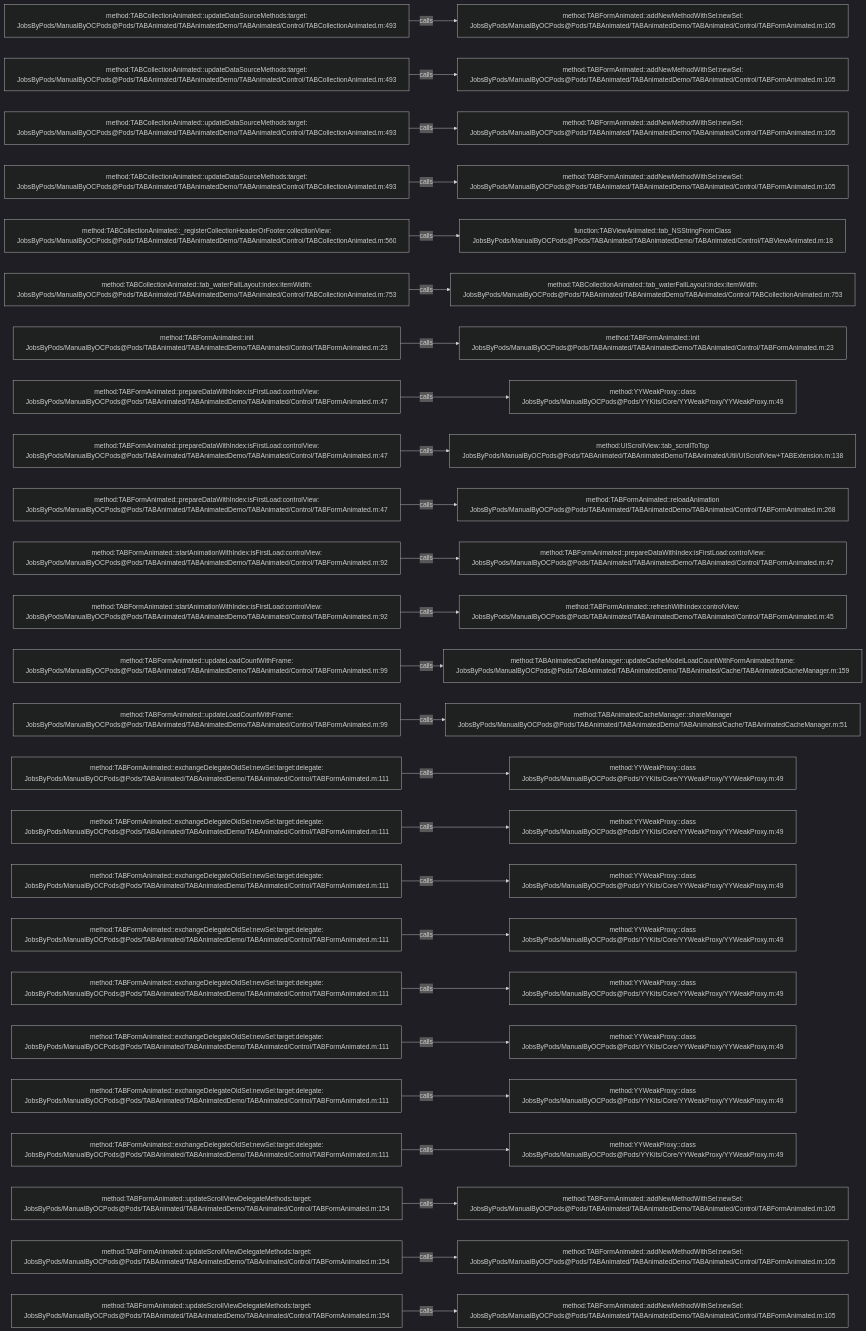
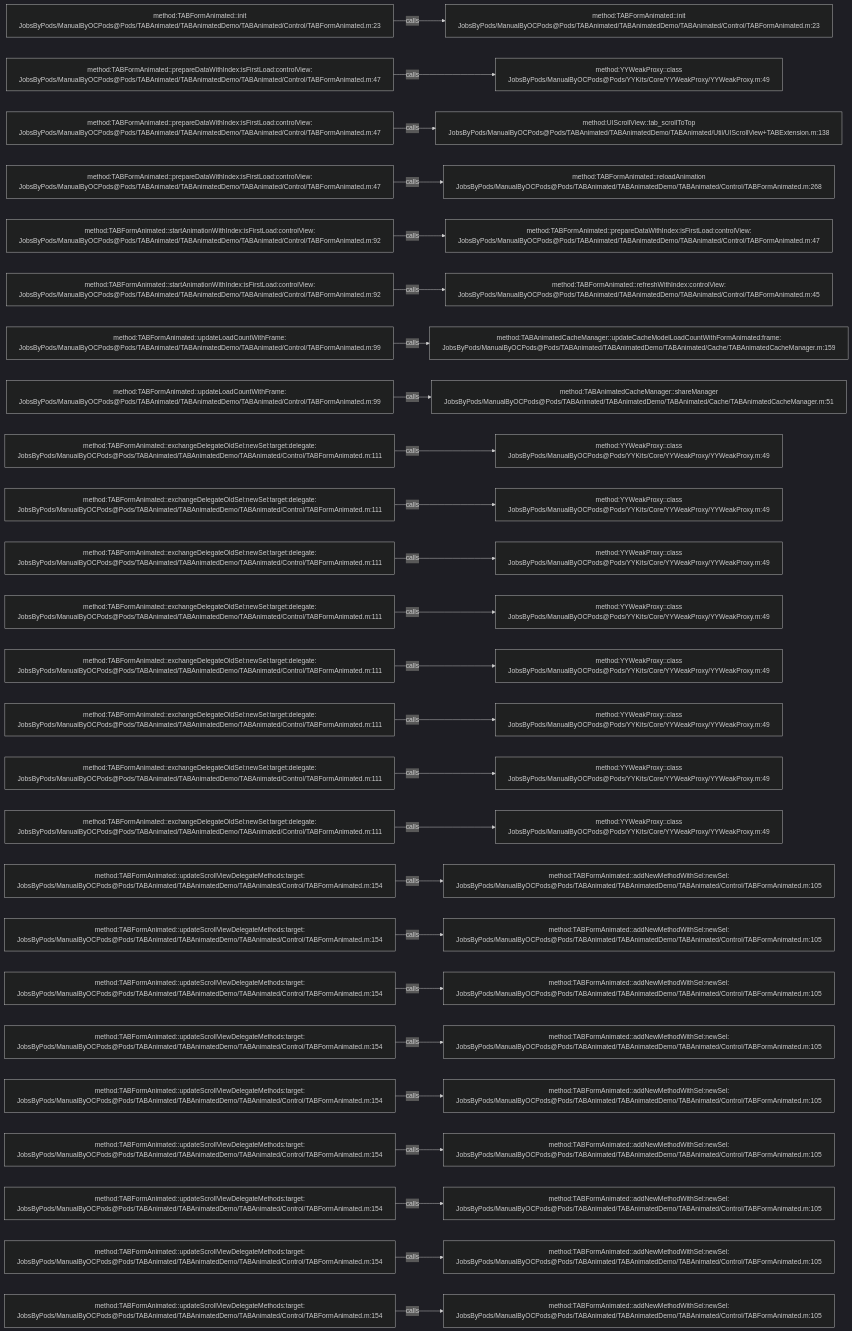
Before and after one commit to JobsKits/JobsOCBaseConfigDemo: the diagram in .codegraph/codegraph.md/graphs/calls-016.md, drawn with Mermaid (dark theme). The commit also changed 666 other files, not shown here.

````diff
--- a/.codegraph/codegraph.md/graphs/calls-016.md
+++ b/.codegraph/codegraph.md/graphs/calls-016.md
@@ -13,78 +13,78 @@
 ```mermaid
 flowchart LR
-  S1["method:TABCollectionAnimated::updateDataSourceMethods:target:<br/>JobsByPods/ManualByOCPods@Pods/TABAnimated/TABAnimatedDemo/TABAnimated/Control/TABCollectionAnimated.m:493"]
-  T1["method:TABFormAnimated::addNewMethodWithSel:newSel:<br/>JobsByPods/ManualByOCPods@Pods/TABAnimated/TABAnimatedDemo/TABAnimated/Control/TABFormAnimated.m:105"]
+  S1["method:TABFormAnimated::init<br/>JobsByPods/ManualByOCPods@Pods/TABAnimated/TABAnimatedDemo/TABAnimated/Control/TABFormAnimated.m:23"]
+  T1["method:TABFormAnimated::init<br/>JobsByPods/ManualByOCPods@Pods/TABAnimated/TABAnimatedDemo/TABAnimated/Control/TABFormAnimated.m:23"]
   S1 -->|calls| T1
-  S2["method:TABCollectionAnimated::updateDataSourceMethods:target:<br/>JobsByPods/ManualByOCPods@Pods/TABAnimated/TABAnimatedDemo/TABAnimated/Control/TABCollectionAnimated.m:493"]
-  T2["method:TABFormAnimated::addNewMethodWithSel:newSel:<br/>JobsByPods/ManualByOCPods@Pods/TABAnimated/TABAnimatedDemo/TABAnimated/Control/TABFormAnimated.m:105"]
+  S2["method:TABFormAnimated::prepareDataWithIndex:isFirstLoad:controlView:<br/>JobsByPods/ManualByOCPods@Pods/TABAnimated/TABAnimatedDemo/TABAnimated/Control/TABFormAnimated.m:47"]
+  T2["method:YYWeakProxy::class<br/>JobsByPods/ManualByOCPods@Pods/YYKits/Core/YYWeakProxy/YYWeakProxy.m:49"]
   S2 -->|calls| T2
-  S3["method:TABCollectionAnimated::updateDataSourceMethods:target:<br/>JobsByPods/ManualByOCPods@Pods/TABAnimated/TABAnimatedDemo/TABAnimated/Control/TABCollectionAnimated.m:493"]
-  T3["method:TABFormAnimated::addNewMethodWithSel:newSel:<br/>JobsByPods/ManualByOCPods@Pods/TABAnimated/TABAnimatedDemo/TABAnimated/Control/TABFormAnimated.m:105"]
+  S3["method:TABFormAnimated::prepareDataWithIndex:isFirstLoad:controlView:<br/>JobsByPods/ManualByOCPods@Pods/TABAnimated/TABAnimatedDemo/TABAnimated/Control/TABFormAnimated.m:47"]
+  T3["method:UIScrollView::tab_scrollToTop<br/>JobsByPods/ManualByOCPods@Pods/TABAnimated/TABAnimatedDemo/TABAnimated/Util/UIScrollView+TABExtension.m:138"]
   S3 -->|calls| T3
-  S4["method:TABCollectionAnimated::updateDataSourceMethods:target:<br/>JobsByPods/ManualByOCPods@Pods/TABAnimated/TABAnimatedDemo/TABAnimated/Control/TABCollectionAnimated.m:493"]
-  T4["method:TABFormAnimated::addNewMethodWithSel:newSel:<br/>JobsByPods/ManualByOCPods@Pods/TABAnimated/TABAnimatedDemo/TABAnimated/Control/TABFormAnimated.m:105"]
+  S4["method:TABFormAnimated::prepareDataWithIndex:isFirstLoad:controlView:<br/>JobsByPods/ManualByOCPods@Pods/TABAnimated/TABAnimatedDemo/TABAnimated/Control/TABFormAnimated.m:47"]
+  T4["method:TABFormAnimated::reloadAnimation<br/>JobsByPods/ManualByOCPods@Pods/TABAnimated/TABAnimatedDemo/TABAnimated/Control/TABFormAnimated.m:268"]
   S4 -->|calls| T4
-  S5["method:TABCollectionAnimated::_registerCollectionHeaderOrFooter:collectionView:<br/>JobsByPods/ManualByOCPods@Pods/TABAnimated/TABAnimatedDemo/TABAnimated/Control/TABCollectionAnimated.m:560"]
-  T5["function:TABViewAnimated::tab_NSStringFromClass<br/>JobsByPods/ManualByOCPods@Pods/TABAnimated/TABAnimatedDemo/TABAnimated/Control/TABViewAnimated.m:18"]
+  S5["method:TABFormAnimated::startAnimationWithIndex:isFirstLoad:controlView:<br/>JobsByPods/ManualByOCPods@Pods/TABAnimated/TABAnimatedDemo/TABAnimated/Control/TABFormAnimated.m:92"]
+  T5["method:TABFormAnimated::prepareDataWithIndex:isFirstLoad:controlView:<br/>JobsByPods/ManualByOCPods@Pods/TABAnimated/TABAnimatedDemo/TABAnimated/Control/TABFormAnimated.m:47"]
   S5 -->|calls| T5
-  S6["method:TABCollectionAnimated::tab_waterFallLayout:index:itemWidth:<br/>JobsByPods/ManualByOCPods@Pods/TABAnimated/TABAnimatedDemo/TABAnimated/Control/TABCollectionAnimated.m:753"]
-  T6["method:TABCollectionAnimated::tab_waterFallLayout:index:itemWidth:<br/>JobsByPods/ManualByOCPods@Pods/TABAnimated/TABAnimatedDemo/TABAnimated/Control/TABCollectionAnimated.m:753"]
+  S6["method:TABFormAnimated::startAnimationWithIndex:isFirstLoad:controlView:<br/>JobsByPods/ManualByOCPods@Pods/TABAnimated/TABAnimatedDemo/TABAnimated/Control/TABFormAnimated.m:92"]
+  T6["method:TABFormAnimated::refreshWithIndex:controlView:<br/>JobsByPods/ManualByOCPods@Pods/TABAnimated/TABAnimatedDemo/TABAnimated/Control/TABFormAnimated.m:45"]
   S6 -->|calls| T6
-  S7["method:TABFormAnimated::init<br/>JobsByPods/ManualByOCPods@Pods/TABAnimated/TABAnimatedDemo/TABAnimated/Control/TABFormAnimated.m:23"]
-  T7["method:TABFormAnimated::init<br/>JobsByPods/ManualByOCPods@Pods/TABAnimated/TABAnimatedDemo/TABAnimated/Control/TABFormAnimated.m:23"]
+  S7["method:TABFormAnimated::updateLoadCountWithFrame:<br/>JobsByPods/ManualByOCPods@Pods/TABAnimated/TABAnimatedDemo/TABAnimated/Control/TABFormAnimated.m:99"]
+  T7["method:TABAnimatedCacheManager::updateCacheModelLoadCountWithFormAnimated:frame:<br/>JobsByPods/ManualByOCPods@Pods/TABAnimated/TABAnimatedDemo/TABAnimated/Cache/TABAnimatedCacheManager.m:159"]
   S7 -->|calls| T7
-  S8["method:TABFormAnimated::prepareDataWithIndex:isFirstLoad:controlView:<br/>JobsByPods/ManualByOCPods@Pods/TABAnimated/TABAnimatedDemo/TABAnimated/Control/TABFormAnimated.m:47"]
-  T8["method:YYWeakProxy::class<br/>JobsByPods/ManualByOCPods@Pods/YYKits/Core/YYWeakProxy/YYWeakProxy.m:49"]
+  S8["method:TABFormAnimated::updateLoadCountWithFrame:<br/>JobsByPods/ManualByOCPods@Pods/TABAnimated/TABAnimatedDemo/TABAnimated/Control/TABFormAnimated.m:99"]
+  T8["method:TABAnimatedCacheManager::shareManager<br/>JobsByPods/ManualByOCPods@Pods/TABAnimated/TABAnimatedDemo/TABAnimated/Cache/TABAnimatedCacheManager.m:51"]
   S8 -->|calls| T8
-  S9["method:TABFormAnimated::prepareDataWithIndex:isFirstLoad:controlView:<br/>JobsByPods/ManualByOCPods@Pods/TABAnimated/TABAnimatedDemo/TABAnimated/Control/TABFormAnimated.m:47"]
-  T9["method:UIScrollView::tab_scrollToTop<br/>JobsByPods/ManualByOCPods@Pods/TABAnimated/TABAnimatedDemo/TABAnimated/Util/UIScrollView+TABExtension.m:138"]
+  S9["method:TABFormAnimated::exchangeDelegateOldSel:newSel:target:delegate:<br/>JobsByPods/ManualByOCPods@Pods/TABAnimated/TABAnimatedDemo/TABAnimated/Control/TABFormAnimated.m:111"]
+  T9["method:YYWeakProxy::class<br/>JobsByPods/ManualByOCPods@Pods/YYKits/Core/YYWeakProxy/YYWeakProxy.m:49"]
   S9 -->|calls| T9
-  S10["method:TABFormAnimated::prepareDataWithIndex:isFirstLoad:controlView:<br/>JobsByPods/ManualByOCPods@Pods/TABAnimated/TABAnimatedDemo/TABAnimated/Control/TABFormAnimated.m:47"]
-  T10["method:TABFormAnimated::reloadAnimation<br/>JobsByPods/ManualByOCPods@Pods/TABAnimated/TABAnimatedDemo/TABAnimated/Control/TABFormAnimated.m:268"]
+  S10["method:TABFormAnimated::exchangeDelegateOldSel:newSel:target:delegate:<br/>JobsByPods/ManualByOCPods@Pods/TABAnimated/TABAnimatedDemo/TABAnimated/Control/TABFormAnimated.m:111"]
+  T10["method:YYWeakProxy::class<br/>JobsByPods/ManualByOCPods@Pods/YYKits/Core/YYWeakProxy/YYWeakProxy.m:49"]
   S10 -->|calls| T10
-  S11["method:TABFormAnimated::startAnimationWithIndex:isFirstLoad:controlView:<br/>JobsByPods/ManualByOCPods@Pods/TABAnimated/TABAnimatedDemo/TABAnimated/Control/TABFormAnimated.m:92"]
-  T11["method:TABFormAnimated::prepareDataWithIndex:isFirstLoad:controlView:<br/>JobsByPods/ManualByOCPods@Pods/TABAnimated/TABAnimatedDemo/TABAnimated/Control/TABFormAnimated.m:47"]
+  S11["method:TABFormAnimated::exchangeDelegateOldSel:newSel:target:delegate:<br/>JobsByPods/ManualByOCPods@Pods/TABAnimated/TABAnimatedDemo/TABAnimated/Control/TABFormAnimated.m:111"]
+  T11["method:YYWeakProxy::class<br/>JobsByPods/ManualByOCPods@Pods/YYKits/Core/YYWeakProxy/YYWeakProxy.m:49"]
   S11 -->|calls| T11
-  S12["method:TABFormAnimated::startAnimationWithIndex:isFirstLoad:controlView:<br/>JobsByPods/ManualByOCPods@Pods/TABAnimated/TABAnimatedDemo/TABAnimated/Control/TABFormAnimated.m:92"]
-  T12["method:TABFormAnimated::refreshWithIndex:controlView:<br/>JobsByPods/ManualByOCPods@Pods/TABAnimated/TABAnimatedDemo/TABAnimated/Control/TABFormAnimated.m:45"]
+  S12["method:TABFormAnimated::exchangeDelegateOldSel:newSel:target:delegate:<br/>JobsByPods/ManualByOCPods@Pods/TABAnimated/TABAnimatedDemo/TABAnimated/Control/TABFormAnimated.m:111"]
+  T12["method:YYWeakProxy::class<br/>JobsByPods/ManualByOCPods@Pods/YYKits/Core/YYWeakProxy/YYWeakProxy.m:49"]
   S12 -->|calls| T12
-  S13["method:TABFormAnimated::updateLoadCountWithFrame:<br/>JobsByPods/ManualByOCPods@Pods/TABAnimated/TABAnimatedDemo/TABAnimated/Control/TABFormAnimated.m:99"]
-  T13["method:TABAnimatedCacheManager::updateCacheModelLoadCountWithFormAnimated:frame:<br/>JobsByPods/ManualByOCPods@Pods/TABAnimated/TABAnimatedDemo/TABAnimated/Cache/TABAnimatedCacheManager.m:159"]
+  S13["method:TABFormAnimated::exchangeDelegateOldSel:newSel:target:delegate:<br/>JobsByPods/ManualByOCPods@Pods/TABAnimated/TABAnimatedDemo/TABAnimated/Control/TABFormAnimated.m:111"]
+  T13["method:YYWeakProxy::class<br/>JobsByPods/ManualByOCPods@Pods/YYKits/Core/YYWeakProxy/YYWeakProxy.m:49"]
   S13 -->|calls| T13
-  S14["method:TABFormAnimated::updateLoadCountWithFrame:<br/>JobsByPods/ManualByOCPods@Pods/TABAnimated/TABAnimatedDemo/TABAnimated/Control/TABFormAnimated.m:99"]
-  T14["method:TABAnimatedCacheManager::shareManager<br/>JobsByPods/ManualByOCPods@Pods/TABAnimated/TABAnimatedDemo/TABAnimated/Cache/TABAnimatedCacheManager.m:51"]
+  S14["method:TABFormAnimated::exchangeDelegateOldSel:newSel:target:delegate:<br/>JobsByPods/ManualByOCPods@Pods/TABAnimated/TABAnimatedDemo/TABAnimated/Control/TABFormAnimated.m:111"]
+  T14["method:YYWeakProxy::class<br/>JobsByPods/ManualByOCPods@Pods/YYKits/Core/YYWeakProxy/YYWeakProxy.m:49"]
   S14 -->|calls| T14
   S15["method:TABFormAnimated::exchangeDelegateOldSel:newSel:target:delegate:<br/>JobsByPods/ManualByOCPods@Pods/TABAnimated/TABAnimatedDemo/TABAnimated/Control/TABFormAnimated.m:111"]
   T15["method:YYWeakProxy::class<br/>JobsByPods/ManualByOCPods@Pods/YYKits/Core/YYWeakProxy/YYWeakProxy.m:49"]
   S15 -->|calls| T15
   S16["method:TABFormAnimated::exchangeDelegateOldSel:newSel:target:delegate:<br/>JobsByPods/ManualByOCPods@Pods/TABAnimated/TABAnimatedDemo/TABAnimated/Control/TABFormAnimated.m:111"]
   T16["method:YYWeakProxy::class<br/>JobsByPods/ManualByOCPods@Pods/YYKits/Core/YYWeakProxy/YYWeakProxy.m:49"]
   S16 -->|calls| T16
-  S17["method:TABFormAnimated::exchangeDelegateOldSel:newSel:target:delegate:<br/>JobsByPods/ManualByOCPods@Pods/TABAnimated/TABAnimatedDemo/TABAnimated/Control/TABFormAnimated.m:111"]
-  T17["method:YYWeakProxy::class<br/>JobsByPods/ManualByOCPods@Pods/YYKits/Core/YYWeakProxy/YYWeakProxy.m:49"]
+  S17["method:TABFormAnimated::updateScrollViewDelegateMethods:target:<br/>JobsByPods/ManualByOCPods@Pods/TABAnimated/TABAnimatedDemo/TABAnimated/Control/TABFormAnimated.m:154"]
+  T17["method:TABFormAnimated::addNewMethodWithSel:newSel:<br/>JobsByPods/ManualByOCPods@Pods/TABAnimated/TABAnimatedDemo/TABAnimated/Control/TABFormAnimated.m:105"]
   S17 -->|calls| T17
-  S18["method:TABFormAnimated::exchangeDelegateOldSel:newSel:target:delegate:<br/>JobsByPods/ManualByOCPods@Pods/TABAnimated/TABAnimatedDemo/TABAnimated/Control/TABFormAnimated.m:111"]
-  T18["method:YYWeakProxy::class<br/>JobsByPods/ManualByOCPods@Pods/YYKits/Core/YYWeakProxy/YYWeakProxy.m:49"]
+  S18["method:TABFormAnimated::updateScrollViewDelegateMethods:target:<br/>JobsByPods/ManualByOCPods@Pods/TABAnimated/TABAnimatedDemo/TABAnimated/Control/TABFormAnimated.m:154"]
+  T18["method:TABFormAnimated::addNewMethodWithSel:newSel:<br/>JobsByPods/ManualByOCPods@Pods/TABAnimated/TABAnimatedDemo/TABAnimated/Control/TABFormAnimated.m:105"]
   S18 -->|calls| T18
-  S19["method:TABFormAnimated::exchangeDelegateOldSel:newSel:target:delegate:<br/>JobsByPods/ManualByOCPods@Pods/TABAnimated/TABAnimatedDemo/TABAnimated/Control/TABFormAnimated.m:111"]
-  T19["method:YYWeakProxy::class<br/>JobsByPods/ManualByOCPods@Pods/YYKits/Core/YYWeakProxy/YYWeakProxy.m:49"]
+  S19["method:TABFormAnimated::updateScrollViewDelegateMethods:target:<br/>JobsByPods/ManualByOCPods@Pods/TABAnimated/TABAnimatedDemo/TABAnimated/Control/TABFormAnimated.m:154"]
+  T19["method:TABFormAnimated::addNewMethodWithSel:newSel:<br/>JobsByPods/ManualByOCPods@Pods/TABAnimated/TABAnimatedDemo/TABAnimated/Control/TABFormAnimated.m:105"]
   S19 -->|calls| T19
-  S20["method:TABFormAnimated::exchangeDelegateOldSel:newSel:target:delegate:<br/>JobsByPods/ManualByOCPods@Pods/TABAnimated/TABAnimatedDemo/TABAnimated/Control/TABFormAnimated.m:111"]
-  T20["method:YYWeakProxy::class<br/>JobsByPods/ManualByOCPods@Pods/YYKits/Core/YYWeakProxy/YYWeakProxy.m:49"]
+  S20["method:TABFormAnimated::updateScrollViewDelegateMethods:target:<br/>JobsByPods/ManualByOCPods@Pods/TABAnimated/TABAnimatedDemo/TABAnimated/Control/TABFormAnimated.m:154"]
+  T20["method:TABFormAnimated::addNewMethodWithSel:newSel:<br/>JobsByPods/ManualByOCPods@Pods/TABAnimated/TABAnimatedDemo/TABAnimated/Control/TABFormAnimated.m:105"]
   S20 -->|calls| T20
-  S21["method:TABFormAnimated::exchangeDelegateOldSel:newSel:target:delegate:<br/>JobsByPods/ManualByOCPods@Pods/TABAnimated/TABAnimatedDemo/TABAnimated/Control/TABFormAnimated.m:111"]
-  T21["method:YYWeakProxy::class<br/>JobsByPods/ManualByOCPods@Pods/YYKits/Core/YYWeakProxy/YYWeakProxy.m:49"]
+  S21["method:TABFormAnimated::updateScrollViewDelegateMethods:target:<br/>JobsByPods/ManualByOCPods@Pods/TABAnimated/TABAnimatedDemo/TABAnimated/Control/TABFormAnimated.m:154"]
+  T21["method:TABFormAnimated::addNewMethodWithSel:newSel:<br/>JobsByPods/ManualByOCPods@Pods/TABAnimated/TABAnimatedDemo/TABAnimated/Control/TABFormAnimated.m:105"]
   S21 -->|calls| T21
-  S22["method:TABFormAnimated::exchangeDelegateOldSel:newSel:target:delegate:<br/>JobsByPods/ManualByOCPods@Pods/TABAnimated/TABAnimatedDemo/TABAnimated/Control/TABFormAnimated.m:111"]
-  T22["method:YYWeakProxy::class<br/>JobsByPods/ManualByOCPods@Pods/YYKits/Core/YYWeakProxy/YYWeakProxy.m:49"]
+  S22["method:TABFormAnimated::updateScrollViewDelegateMethods:target:<br/>JobsByPods/ManualByOCPods@Pods/TABAnimated/TABAnimatedDemo/TABAnimated/Control/TABFormAnimated.m:154"]
+  T22["method:TABFormAnimated::addNewMethodWithSel:newSel:<br/>JobsByPods/ManualByOCPods@Pods/TABAnimated/TABAnimatedDemo/TABAnimated/Control/TABFormAnimated.m:105"]
   S22 -->|calls| T22
   S23["method:TABFormAnimated::updateScrollViewDelegateMethods:target:<br/>JobsByPods/ManualByOCPods@Pods/TABAnimated/TABAnimatedDemo/TABAnimated/Control/TABFormAnimated.m:154"]
   T23["method:TABFormAnimated::addNewMethodWithSel:newSel:<br/>JobsByPods/ManualByOCPods@Pods/TABAnimated/TABAnimatedDemo/TABAnimated/Control/TABFormAnimated.m:105"]
   S23 -->|calls| T23
   S24["method:TABFormAnimated::updateScrollViewDelegateMethods:target:<br/>JobsByPods/ManualByOCPods@Pods/TABAnimated/TABAnimatedDemo/TABAnimated/Control/TABFormAnimated.m:154"]
   T24["method:TABFormAnimated::addNewMethodWithSel:newSel:<br/>JobsByPods/ManualByOCPods@Pods/TABAnimated/TABAnimatedDemo/TABAnimated/Control/TABFormAnimated.m:105"]
   S24 -->|calls| T24
   S25["method:TABFormAnimated::updateScrollViewDelegateMethods:target:<br/>JobsByPods/ManualByOCPods@Pods/TABAnimated/TABAnimatedDemo/TABAnimated/Control/TABFormAnimated.m:154"]
   T25["method:TABFormAnimated::addNewMethodWithSel:newSel:<br/>JobsByPods/ManualByOCPods@Pods/TABAnimated/TABAnimatedDemo/TABAnimated/Control/TABFormAnimated.m:105"]
   S25 -->|calls| T25
 ```
````
